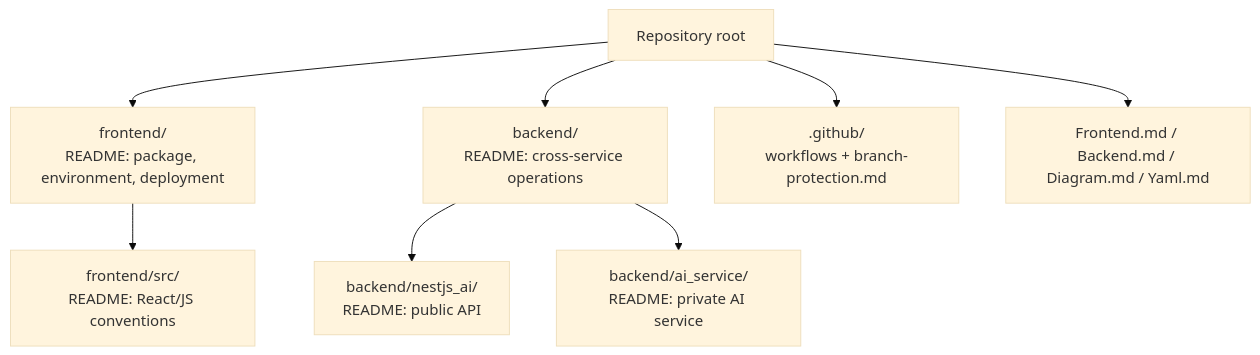
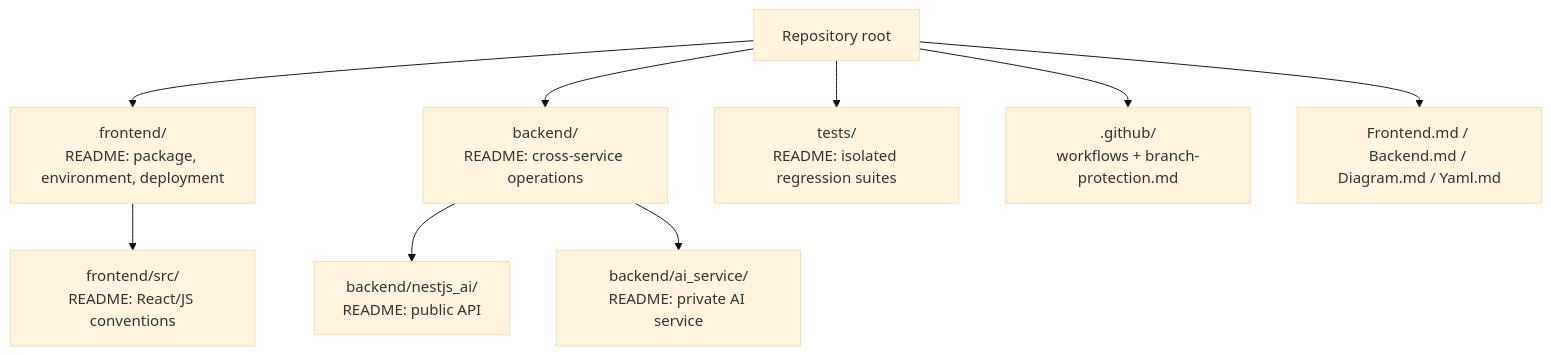
The first of 5 diagrams in Diagram.md (htkddt/WebDevelop), drawn with Mermaid (base theme) before and after one commit. The commit also changed other lines of this file and 36 other files, not shown here.

````diff
--- a/Diagram.md
+++ b/Diagram.md
@@ -7,18 +7,20 @@
 ```mermaid
 flowchart TB
   Root[Repository root]
   Frontend[frontend/\nREADME: package, environment, deployment]
   Source[frontend/src/\nREADME: React/JS conventions]
   Backend[backend/\nREADME: cross-service operations]
   Nest[backend/nestjs_ai/\nREADME: public API]
   AI[backend/ai_service/\nREADME: private AI service]
+  Tests[tests/\nREADME: isolated regression suites]
   Github[.github/\nworkflows + branch-protection.md]
   Docs[Frontend.md / Backend.md / Diagram.md / Yaml.md]
 
   Root --> Frontend --> Source
   Root --> Backend
   Backend --> Nest
   Backend --> AI
+  Root --> Tests
   Root --> Github
   Root --> Docs
 ```
````
